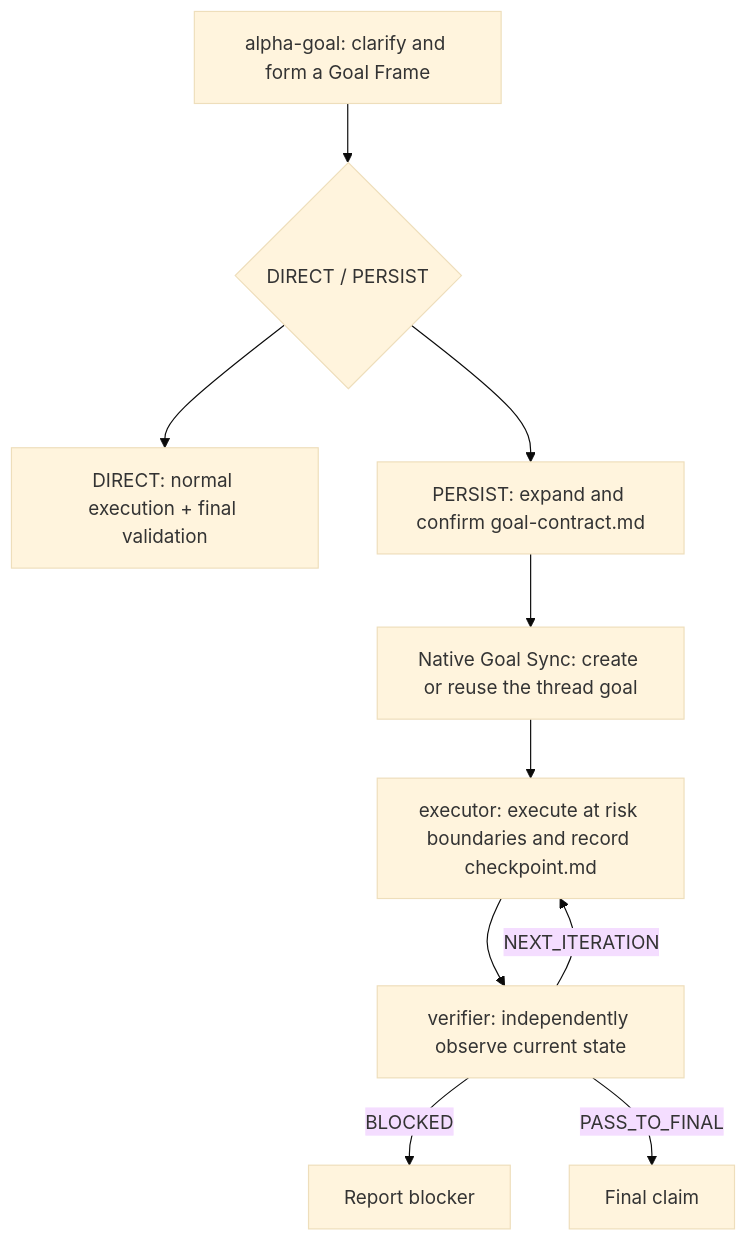
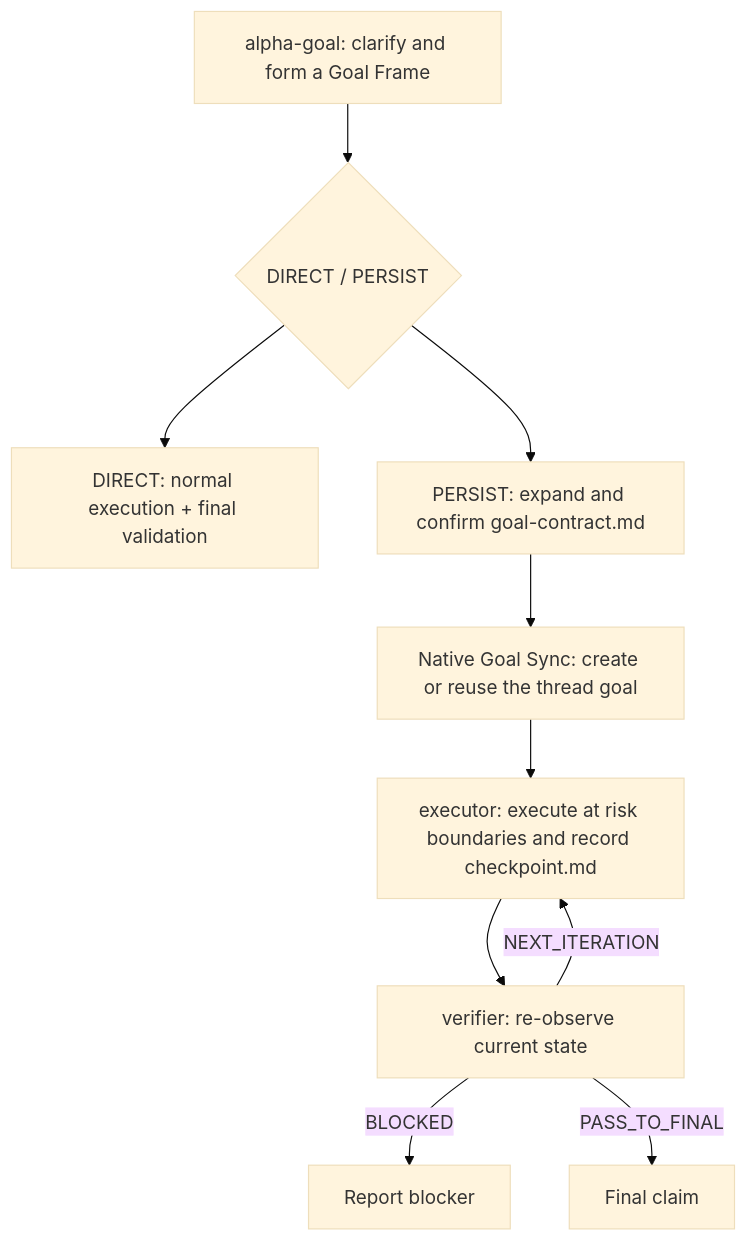
The diagram in README.en.md (azhonglee/alpha-goal), drawn with Mermaid (base theme) before and after one commit. The commit also changed other lines of this file and 14 other files, not shown here.

````diff
--- a/README.en.md
+++ b/README.en.md
@@ -42,12 +42,12 @@
 ```mermaid
 flowchart TD
   A["alpha-goal: clarify and form a Goal Frame"] --> R{"DIRECT / PERSIST"}
   R --> D["DIRECT: normal execution + final validation"]
   R --> P["PERSIST: expand and confirm goal-contract.md"]
   P --> S["Native Goal Sync: create or reuse the thread goal"]
   S --> E["executor: execute at risk boundaries and record checkpoint.md"]
-  E --> V["verifier: independently observe current state"]
+  E --> V["verifier: re-observe current state"]
   V -->|"NEXT_ITERATION"| E
   V -->|"BLOCKED"| B["Report blocker"]
   V -->|"PASS_TO_FINAL"| F["Final claim"]
 ```
````
